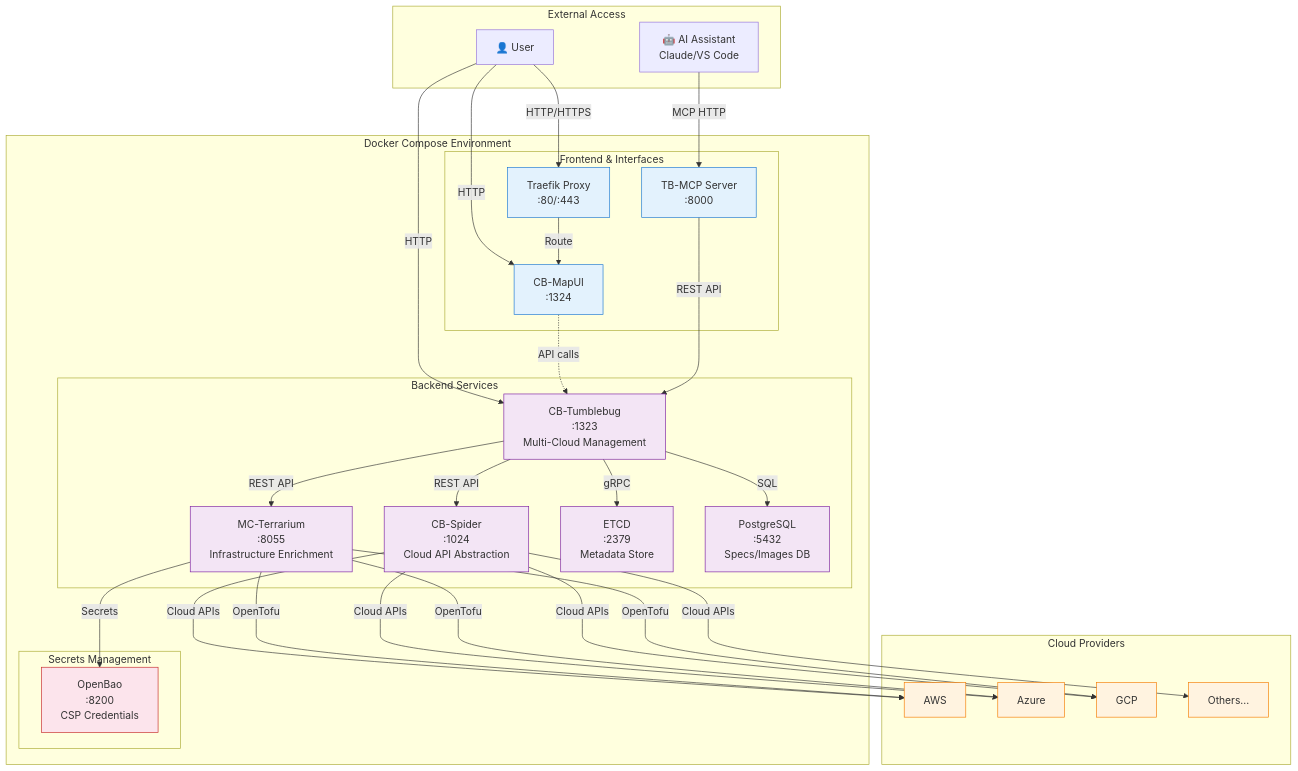
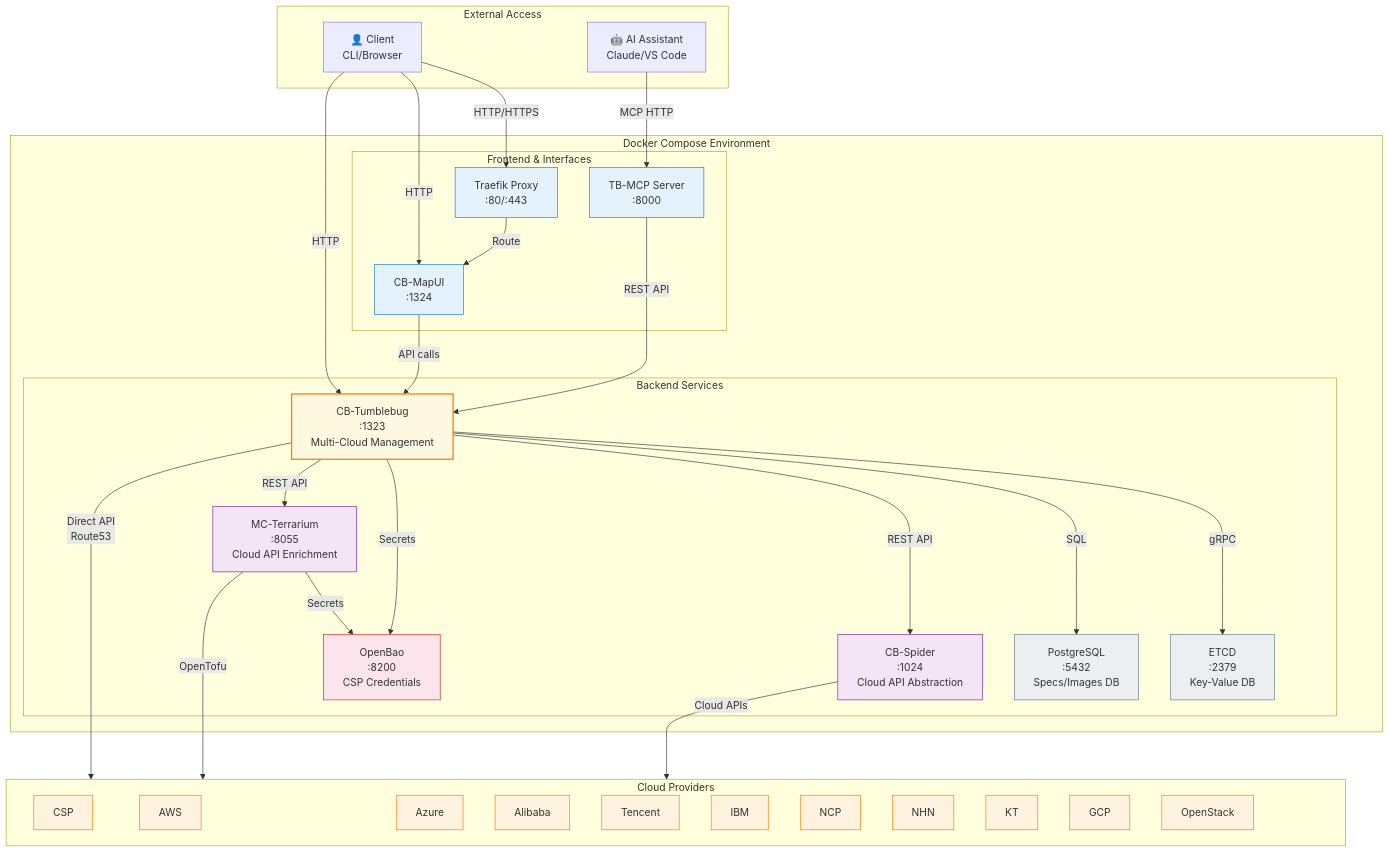
The diagram in README.md (cloud-barista/cb-tumblebug), drawn with Mermaid before and after one commit. The commit also changed 3 other files, not shown here.

````diff
--- a/README.md
+++ b/README.md
@@ -255,7 +255,7 @@
   ```mermaid
   graph TB
       subgraph "External Access"
-          User[👤 User]
+          User[👤 Client<br/>CLI/Browser]
           AI[🤖 AI Assistant<br/>Claude/VS Code]
       end
 
@@ -268,22 +268,26 @@
 
           subgraph "Backend Services"
               TB[CB-Tumblebug<br/>:1323<br/>Multi-Cloud Management]
+              ETCD[ETCD<br/>:2379<br/>Key-Value DB]
+              PG[PostgreSQL<br/>:5432<br/>Specs/Images DB]
               Spider[CB-Spider<br/>:1024<br/>Cloud API Abstraction]
-              Terrarium[MC-Terrarium<br/>:8055<br/>Infrastructure Enrichment]
-              ETCD[ETCD<br/>:2379<br/>Metadata Store]
-              PG[PostgreSQL<br/>:5432<br/>Specs/Images DB]
-          end
-
-          subgraph "Secrets Management"
+              Terrarium[MC-Terrarium<br/>:8055<br/>Cloud API Enrichment]
               OpenBao[OpenBao<br/>:8200<br/>CSP Credentials]
           end
       end
 
-      subgraph "Cloud Providers"
+      subgraph CloudProviders["Cloud Providers"]
           AWS[AWS]
           Azure[Azure]
           GCP[GCP]
-          Others[Others...]
+          Alibaba[Alibaba]
+          Tencent[Tencent]
+          IBM[IBM]
+          NCP[NCP]
+          NHN[NHN]
+          KT[KT]
+          OpenStack[OpenStack]
+          Others[CSP]
       end
 
       %% User connections
@@ -296,32 +300,40 @@
       Proxy -->|Route| UI
 
       %% Internal service connections
-      UI -.->|API calls| TB
+      UI -->|API calls| TB
       MCP -->|REST API| TB
-      TB -->|REST API| Spider
-      TB -->|REST API| Terrarium
       TB -->|gRPC| ETCD
       TB -->|SQL| PG
+      TB -->|REST API| Spider
+      TB -->|Secrets| OpenBao
       Terrarium -->|Secrets| OpenBao
+      TB -->|REST API| Terrarium
 
       %% Cloud connections
-      Spider -->|Cloud APIs| AWS
-      Spider -->|Cloud APIs| Azure
-      Spider -->|Cloud APIs| GCP
-      Spider -->|Cloud APIs| Others
-      Terrarium -->|OpenTofu| AWS
-      Terrarium -->|OpenTofu| Azure
-      Terrarium -->|OpenTofu| GCP
+      Terrarium -->|OpenTofu| CloudProviders
+      Spider -->|Cloud APIs| CloudProviders
+      TB -->|Direct API<br/>Route53| CloudProviders
+
+      %% Invisible rank constraints: force Cloud Providers below Docker Compose
+      PG ~~~ OpenStack
+      ETCD ~~~ Azure
+      Spider ~~~ GCP
+      Terrarium ~~~ Azure
+      TB ~~~ Others
+      OpenBao ~~~ AWS
 
       %% Styling
       classDef frontend fill:#e3f2fd,stroke:#1976d2
+      classDef core fill:#fff8e1,stroke:#f57f17,stroke-width:2px
       classDef backend fill:#f3e5f5,stroke:#7b1fa2
-      classDef storage fill:#e8f5e8,stroke:#388e3c
+      classDef datastore fill:#eceff1,stroke:#607d8b
+      classDef secrets fill:#fce4ec,stroke:#c62828
       classDef cloud fill:#fff3e0,stroke:#f57c00
-      classDef secrets fill:#fce4ec,stroke:#c62828
 
       class UI,MCP,Proxy frontend
-      class TB,Spider,Terrarium,ETCD,PG backend
-      class AWS,Azure,GCP,Others cloud
+      class TB core
+      class Spider,Terrarium backend
+      class ETCD,PG datastore
       class OpenBao secrets
+      class AWS,Azure,GCP,Alibaba,Tencent,IBM,NCP,NHN,KT,OpenStack,Others cloud
   ```
````
